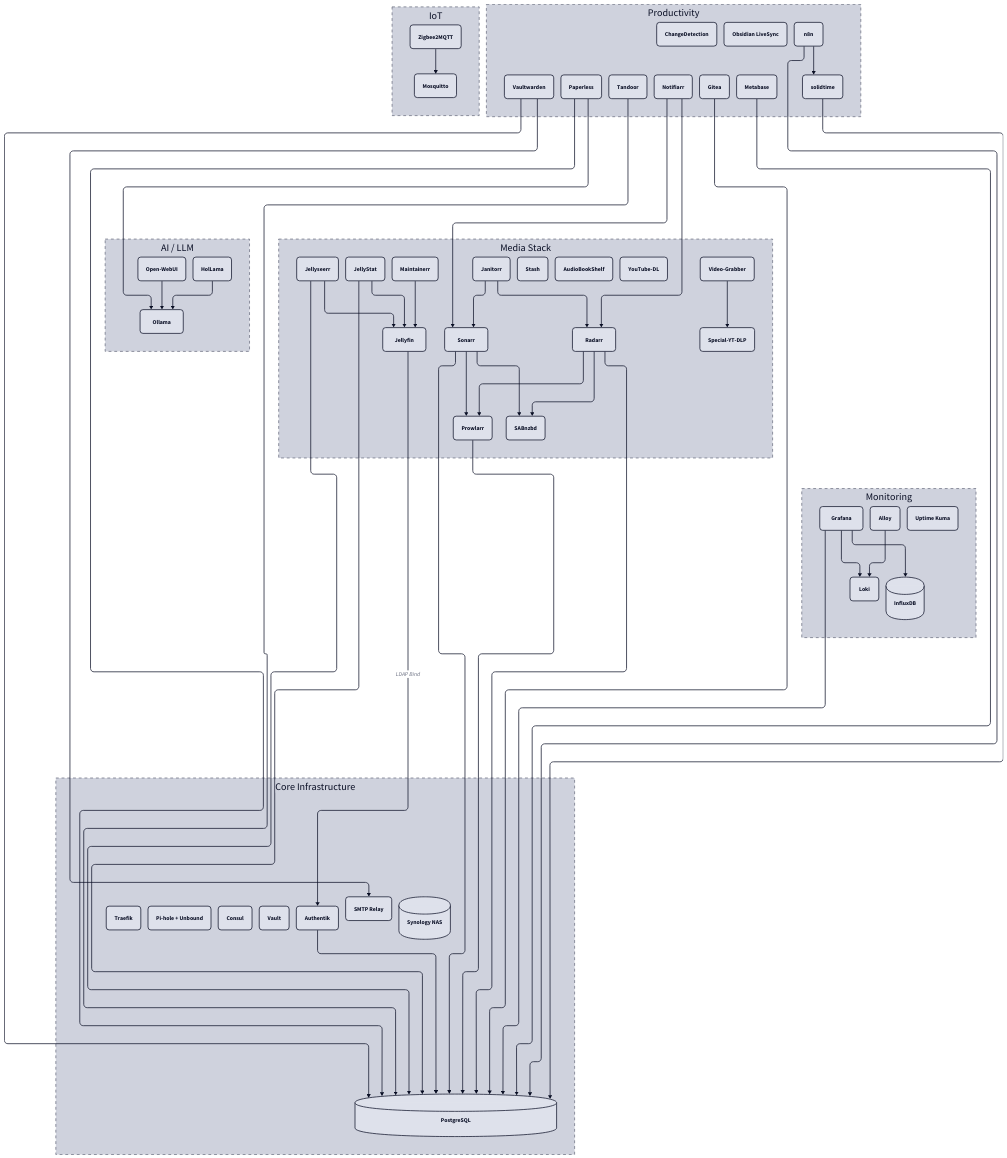
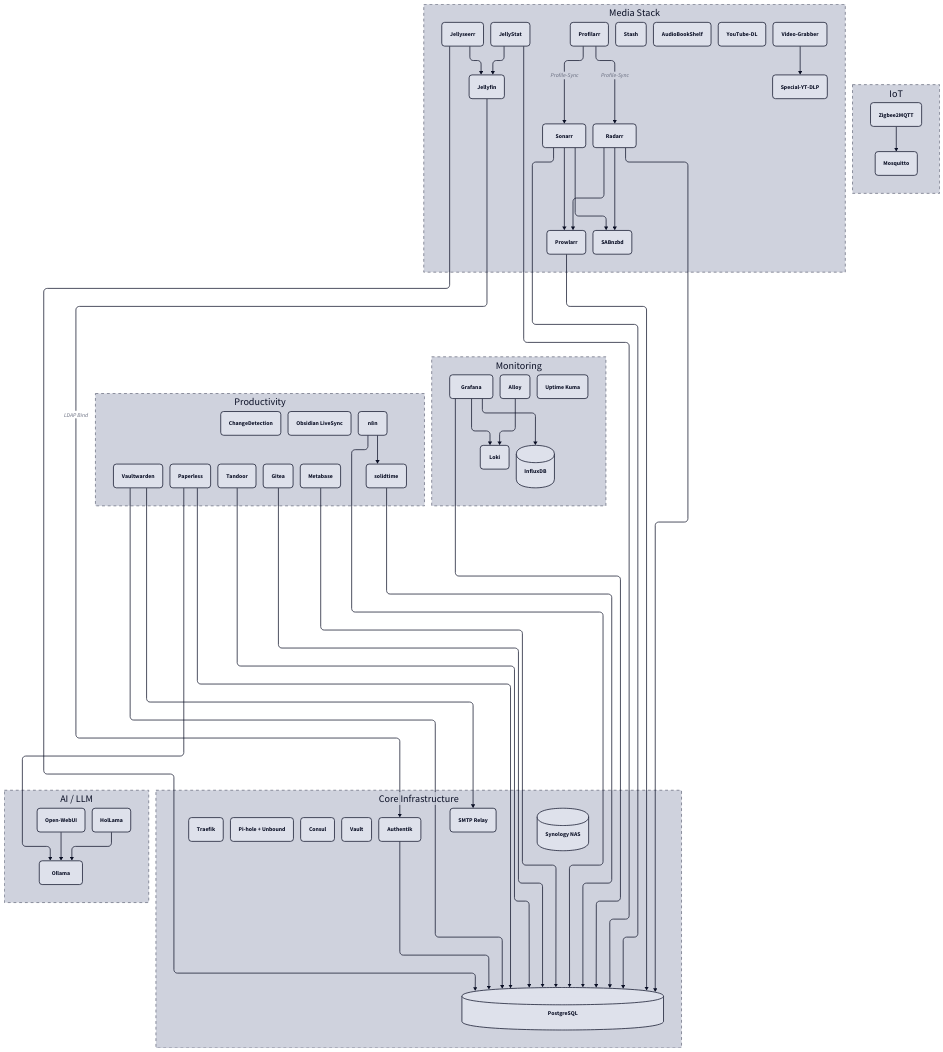
One commit to derever-labs/homelab-wiki changed the diagram in docs/_querschnitt/service-abhaengigkeiten.md. Above: the diagram before and after it, drawn with D2. The commit also changed other lines of this file and 8 other files, not shown here.

````diff
--- a/docs/_querschnitt/service-abhaengigkeiten.md
+++ b/docs/_querschnitt/service-abhaengigkeiten.md
@@ -46,8 +46,7 @@
   PROWLARR: Prowlarr { style.border-radius: 8 }
   SAB: SABnzbd { style.border-radius: 8 }
   JSTAT: JellyStat { style.border-radius: 8 }
-  MAINT: Maintainerr { style.border-radius: 8 }
-  JANI: Janitorr { style.border-radius: 8 }
+  PROF: Profilarr { style.border-radius: 8 }
   STASH: Stash { style.border-radius: 8 }
   ABS: AudioBookShelf { style.border-radius: 8 }
   YTDL: YouTube-DL { style.border-radius: 8 }
@@ -71,7 +70,6 @@
   TD: Tandoor { style.border-radius: 8 }
   CD: ChangeDetection { style.border-radius: 8 }
   OBS: Obsidian LiveSync { style.border-radius: 8 }
-  NOTIF: Notifiarr { style.border-radius: 8 }
   GITEA: Gitea { style.border-radius: 8 }
   N8N: n8n { style.border-radius: 8 }
   META: Metabase { style.border-radius: 8 }
@@ -101,13 +99,12 @@
 Media.JSTAT -> Core.PG
 Media.JS -> Media.JF
 Media.JSTAT -> Media.JF
-Media.MAINT -> Media.JF
 Media.SONARR -> Media.SAB
 Media.RADARR -> Media.SAB
 Media.SONARR -> Media.PROWLARR
 Media.RADARR -> Media.PROWLARR
-Media.JANI -> Media.SONARR
-Media.JANI -> Media.RADARR
+Media.PROF -> Media.SONARR: Profile-Sync
+Media.PROF -> Media.RADARR: Profile-Sync
 Media.VG -> Media.SYDL
 
 Prod.VW -> Core.PG
@@ -129,6 +126,4 @@
 AI.HOLLA -> AI.OLLAMA
 Prod.N8N -> Prod.SOLID
 IoT.Z2M -> IoT.MOSQ
-Prod.NOTIF -> Media.SONARR
-Prod.NOTIF -> Media.RADARR
 ```
````
